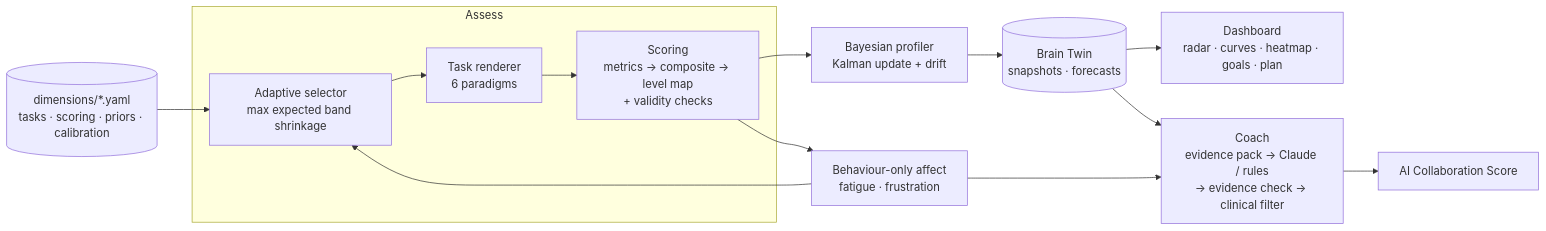
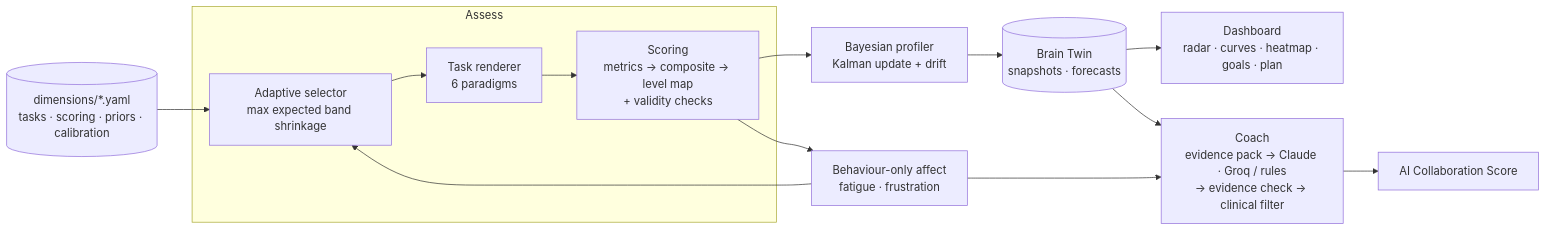
One commit to ChaimaGhazali/aoi changed the diagram in README.md. Above: the diagram before and after it, drawn with Mermaid. The commit also changed other lines of this file and 21 other files, not shown here.

First line of the commit message:
Groq coach provider, norm filter, frame-accurate timing, motivation

````diff
--- a/README.md
+++ b/README.md
@@ -34,16 +34,16 @@
 ```mermaid
 flowchart LR
   Y[(dimensions/*.yaml<br/>tasks · scoring · priors · calibration)] --> S
   subgraph Assess
     S[Adaptive selector<br/>max expected band shrinkage] --> T[Task renderer<br/>6 paradigms]
     T --> SC[Scoring<br/>metrics → composite → level map<br/>+ validity checks]
   end
   SC --> P[Bayesian profiler<br/>Kalman update + drift]
   P --> BT[(Brain Twin<br/>snapshots · forecasts)]
   BT --> D[Dashboard<br/>radar · curves · heatmap · goals · plan]
-  BT --> C[Coach<br/>evidence pack → Claude / rules<br/>→ evidence check → clinical filter]
+  BT --> C[Coach<br/>evidence pack → Claude · Groq / rules<br/>→ evidence check → clinical filter]
   C --> CS[AI Collaboration Score]
   SC --> A[Behaviour-only affect<br/>fatigue · frustration]
   A --> S
   A --> C
 ```
````
